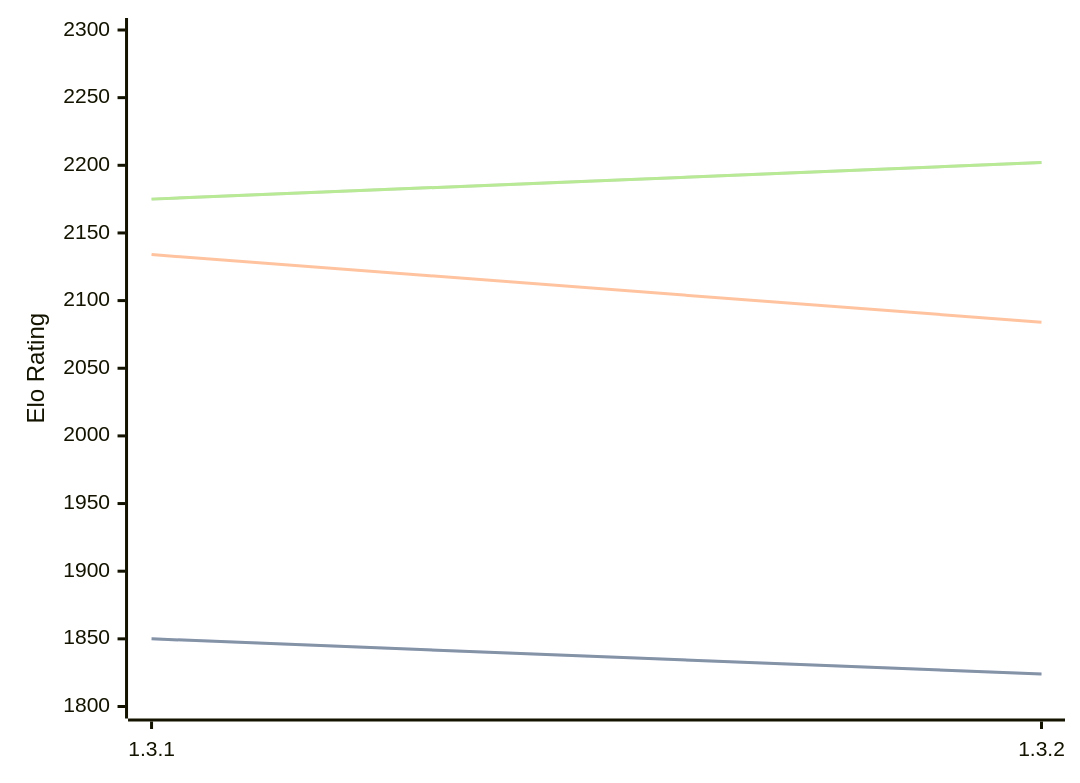
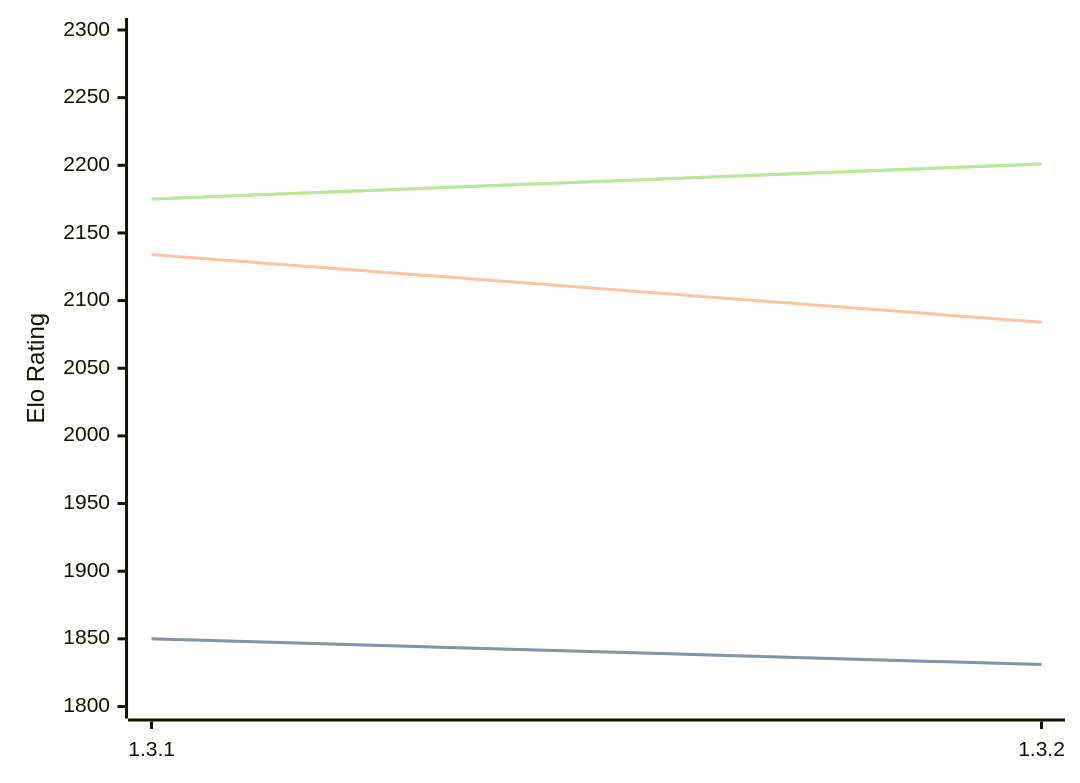
One commit to computer-chess-index/cci changed the diagram in engines/Zugblitz.md. Above: the diagram before and after it, drawn with Mermaid. The commit also changed other lines of this file, not shown here.

Commit message:
Update CCI Ratings (ELO VLTC) - 2026-08-02

````diff
--- a/engines/Zugblitz.md
+++ b/engines/Zugblitz.md
@@ -32,11 +32,11 @@
 ```mermaid
 %%{init: {"theme":"base","themeVariables":{"seriesColors:['#a3a3a3','#222221','#faa371']}}}%%
 xychart-beta
   x-axis ["1.3.1", "1.3.2"]
   y-axis "Elo Rating" 1800 --> 2300
-  line "STC (8.0+0.08s)" [1850, 1824]
-  line "STC (8.0+0.08s)" [1850, 1824]
+  line "STC (8.0+0.08s)" [1850, 1831]
+  line "STC (8.0+0.08s)" [1850, 1831]
   line "LTC (60.0+0.60s)" [2134, 2084]
-  line "VLTC (2m24s+1.12s)" [2175, 2202]
-  line "VLTC (2m24s+1.12s)" [2175, 2202]
+  line "VLTC (2m24s+1.12s)" [2175, 2201]
+  line "VLTC (2m24s+1.12s)" [2175, 2201]
 ```
````
